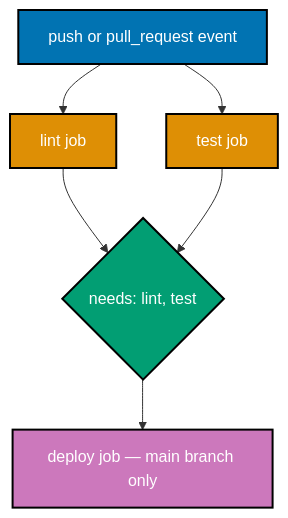
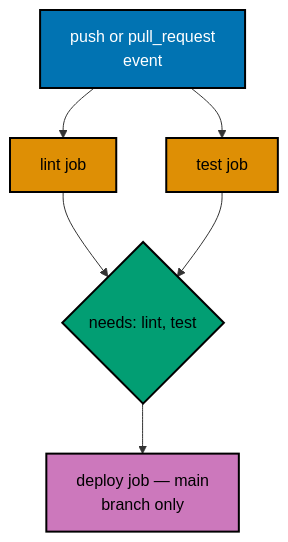
One commit to wahidyankf/ose-public changed the eighth of 8 diagrams in apps/ayokoding-www/content/en/learn/legacy/software-engineering/automation-tools/github-actions/by-example/beginner.md. Above: the diagram before and after it, drawn with Mermaid. The commit also changed other lines of this file and 131 other files, not shown here.

First line of the commit message:
fix(mermaid): bring the legacy data, infrastructure, and testing diagrams onto the accessible palette

````diff
--- a/apps/ayokoding-www/content/en/learn/legacy/software-engineering/automation-tools/github-actions/by-example/beginner.md
+++ b/apps/ayokoding-www/content/en/learn/legacy/software-engineering/automation-tools/github-actions/by-example/beginner.md
@@ -1472,13 +1493,16 @@
 ```mermaid
 graph TD
-    A["push or pull_request event"]:::blue --> B["lint job"]:::orange
+    accTitle: Example 28: Combining Triggers, Env, Needs, and Conditionals
+    accDescr: Graph with 5 nodes and 5 connections. Nodes: push or pull_request event, lint job, test job, needs: lint, test, deploy job — main branch only. Connections: push or pull_request event to lint job, push or pull_request event to test job, lint job to needs: lint, test, test job to needs: lint, test, needs: lint, test to deploy job — main branch only.
+    A["push or pull_request<br/>event"]:::blue --> B["lint job"]:::orange
     A --> C["test job"]:::orange
     B --> D{"needs: lint, test"}:::teal
     C --> D
-    D --> E["deploy job — main branch only"]:::purple
+    D --> E["deploy job — main<br/>branch only"]:::purple
 
-    classDef blue fill:#0173B2,stroke:#000,color:#fff,stroke-width:2px
-    classDef orange fill:#DE8F05,stroke:#000,color:#fff,stroke-width:2px
-    classDef teal fill:#029E73,stroke:#000,color:#fff,stroke-width:2px
-    classDef purple fill:#CC78BC,stroke:#000,color:#fff,stroke-width:2px
+    classDef blue fill:#0173B2,stroke:#000000,color:#FFFFFF,stroke-width:2px
+    classDef orange fill:#DE8F05,stroke:#000000,color:#000000,stroke-width:2px
+    classDef teal fill:#029E73,stroke:#000000,color:#000000,stroke-width:2px
+    classDef purple fill:#CC78BC,stroke:#000000,color:#000000,stroke-width:2px
+    classDef default fill:#FFFFFF,stroke:#000000,color:#000000
 ```
````
